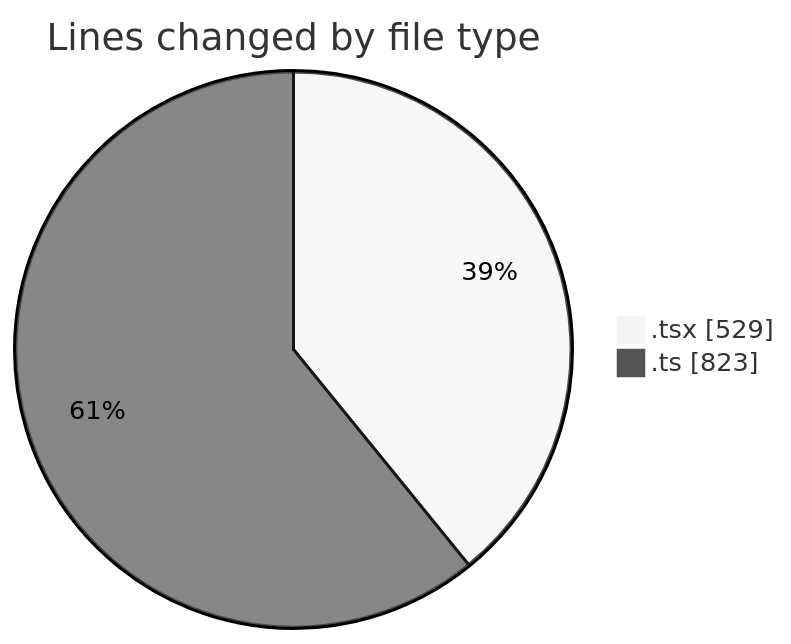
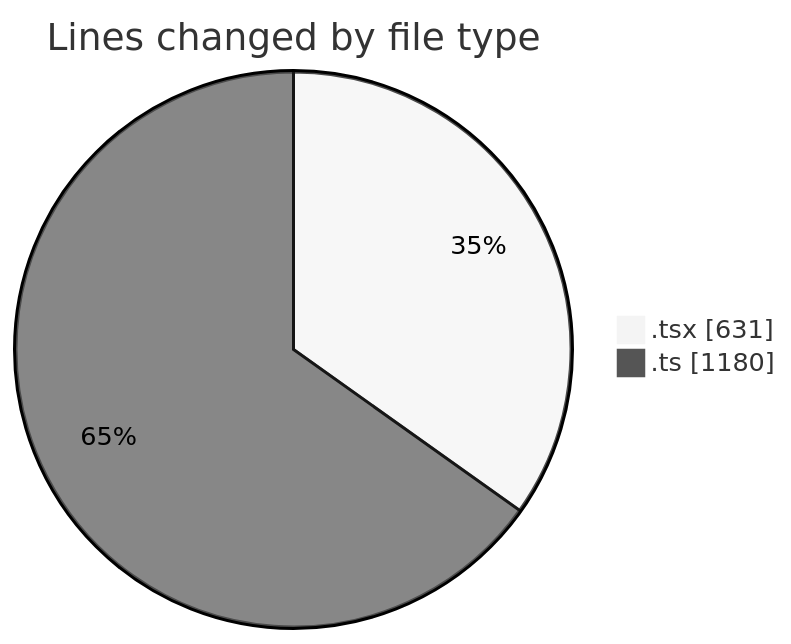
The first of 2 diagrams in 2025-10-20/eventscop-frontend-guide__workspace_/README.md (julien-gomy/code-tracking), drawn with Mermaid (neutral theme) before and after one commit. The commit also changed other lines of this file and 1 other file, not shown here.

````diff
--- a/2025-10-20/eventscop-frontend-guide__workspace_/README.md
+++ b/2025-10-20/eventscop-frontend-guide__workspace_/README.md
@@ -32,6 +35,6 @@
 ```mermaid
 pie showData
 title Lines changed by file type
-".tsx" : 529
-".ts" : 823
+".tsx" : 631
+".ts" : 1180
 ```
````
